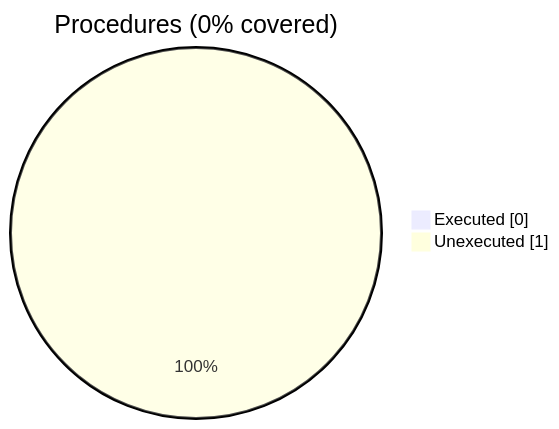
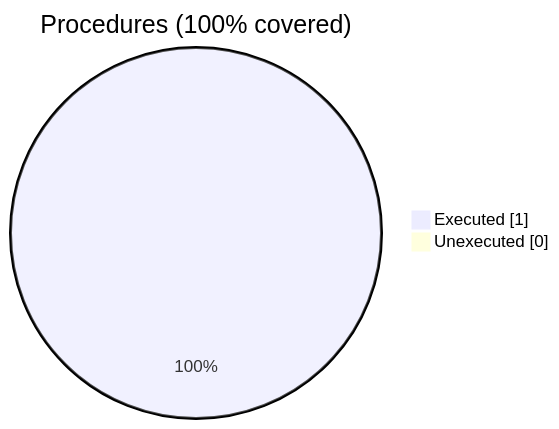
One commit to szaghi/VTKFortran changed the second of 2 diagrams in docs/guide/vtk_fortran.f90.gcov.md. Above: the diagram before and after it, drawn with Mermaid. The commit also changed other lines of this file and 9 other files, not shown here.

````diff
--- a/docs/guide/vtk_fortran.f90.gcov.md
+++ b/docs/guide/vtk_fortran.f90.gcov.md
@@ -24,6 +24,6 @@
 ```mermaid
 pie showData
-    title Procedures (0% covered)
-    "Executed" : 0
-    "Unexecuted" : 1
+    title Procedures (100% covered)
+    "Executed" : 1
+    "Unexecuted" : 0
 ```
````
